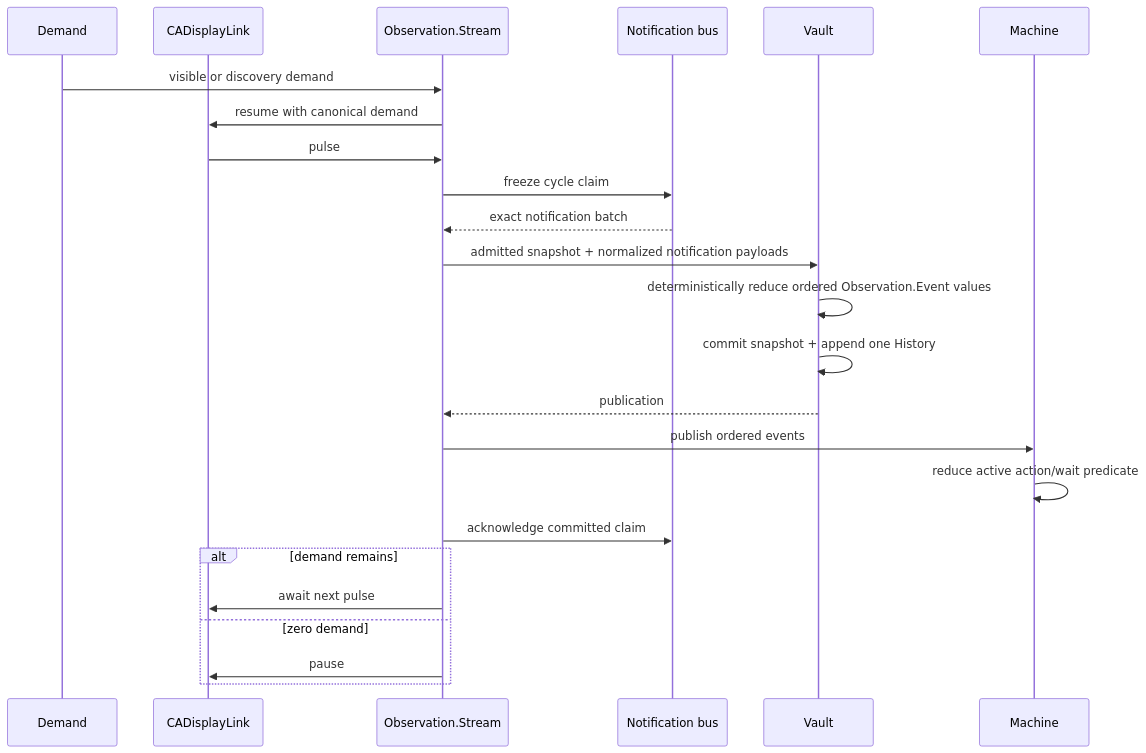
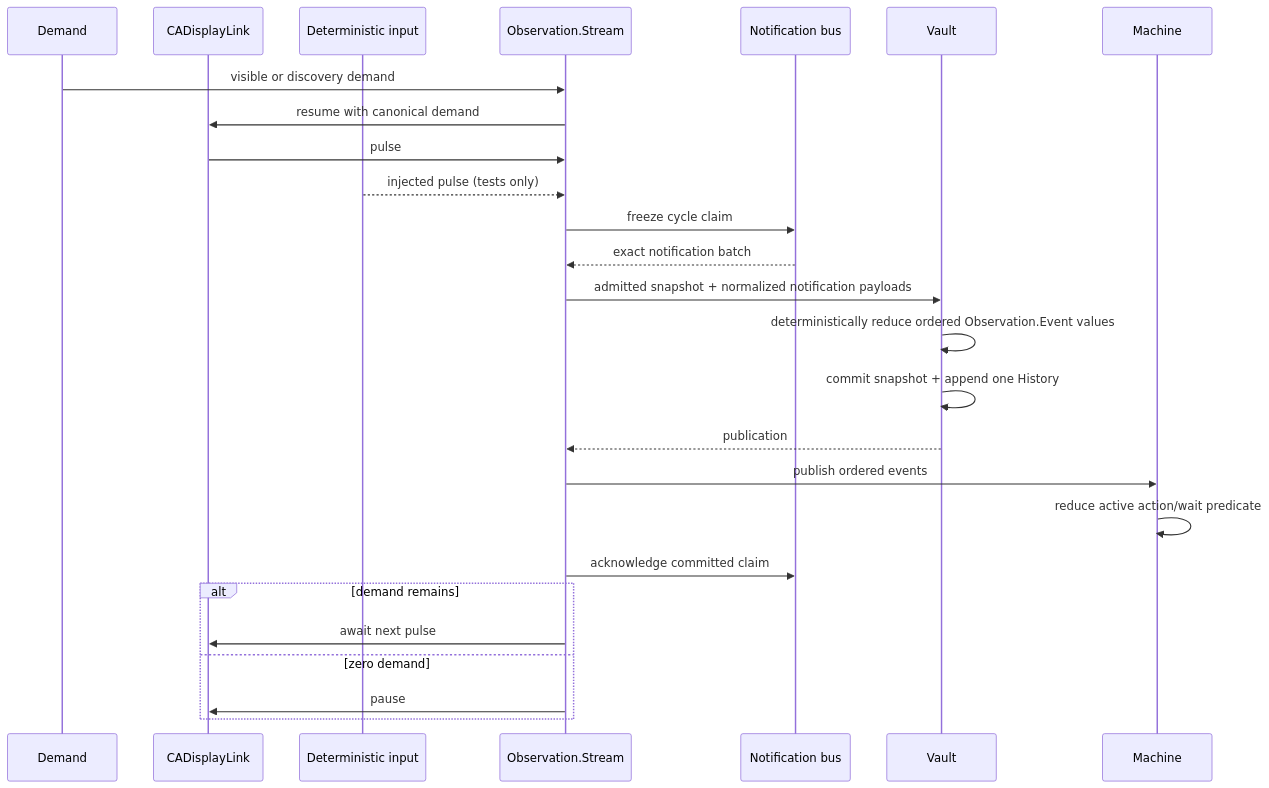
The first of 2 diagrams in docs/ARCHITECTURE.md (RoyalPineapple/TheButtonHeist), drawn with Mermaid before and after one commit. The commit also changed other lines of this file and 77 other files, not shown here.

First line of the commit message:
Make core execution tests deterministic and deepen live adversarial coverage (#1422)

````diff
--- a/docs/ARCHITECTURE.md
+++ b/docs/ARCHITECTURE.md
@@ -213,27 +221,29 @@
 ```mermaid
 sequenceDiagram
     participant Demand
     participant DisplayLink as CADisplayLink
+    participant Script as Deterministic input
     participant Stream as Observation.Stream
     participant Bus as Notification bus
     participant Vault
     participant Machine
 
     Demand->>Stream: visible or discovery demand
     Stream->>DisplayLink: resume with canonical demand
     DisplayLink->>Stream: pulse
+    Script-->>Stream: injected pulse (tests only)
     Stream->>Bus: freeze cycle claim
     Bus-->>Stream: exact notification batch
     Stream->>Vault: admitted snapshot + normalized notification payloads
     Vault->>Vault: deterministically reduce ordered Observation.Event values
     Vault->>Vault: commit snapshot + append one History
     Vault-->>Stream: publication
     Stream->>Machine: publish ordered events
     Machine->>Machine: reduce active action/wait predicate
     Stream->>Bus: acknowledge committed claim
     alt demand remains
         Stream->>DisplayLink: await next pulse
     else zero demand
         Stream->>DisplayLink: pause
     end
 ```
````
